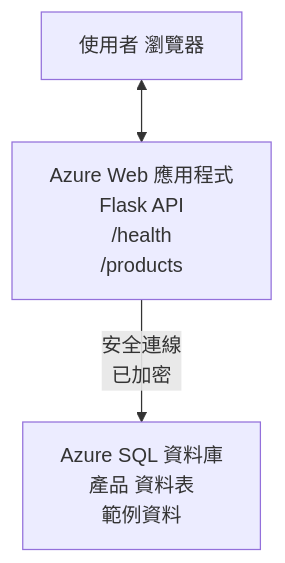
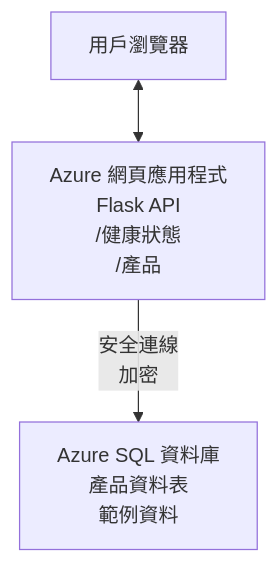
One commit to microsoft/AZD-for-beginners changed the diagram in translations/zh-HK/examples/database-app/README.md. Above: the diagram before and after it, drawn with Mermaid. The commit also changed other lines of this file and 104 other files, not shown here.

````diff
--- a/translations/zh-HK/examples/database-app/README.md
+++ b/translations/zh-HK/examples/database-app/README.md
@@ -72,5 +72,5 @@
 ```mermaid
 graph TD
-    Browser[使用者 瀏覽器] <--> WebApp[Azure Web 應用程式<br/>Flask API<br/>/health<br/>/products]
-    WebApp -- 安全連線<br/>已加密 --> SQL[Azure SQL 資料庫<br/>產品 資料表<br/>範例資料]
+    Browser[用戶瀏覽器] <--> WebApp[Azure 網頁應用程式<br/>Flask API<br/>/健康狀態<br/>/產品]
+    WebApp -- 安全連線<br/>加密 --> SQL[Azure SQL 資料庫<br/>產品資料表<br/>範例資料]
 ```
````
